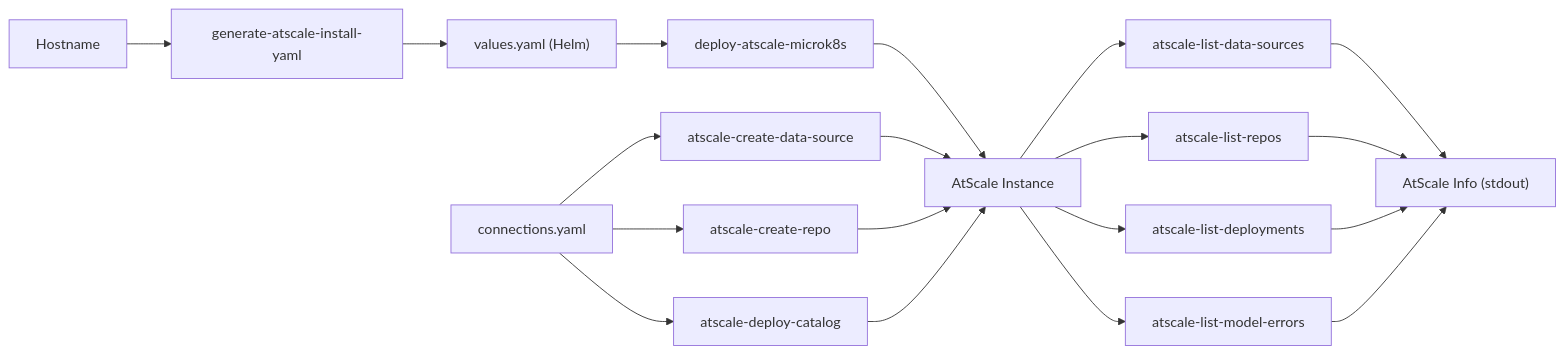
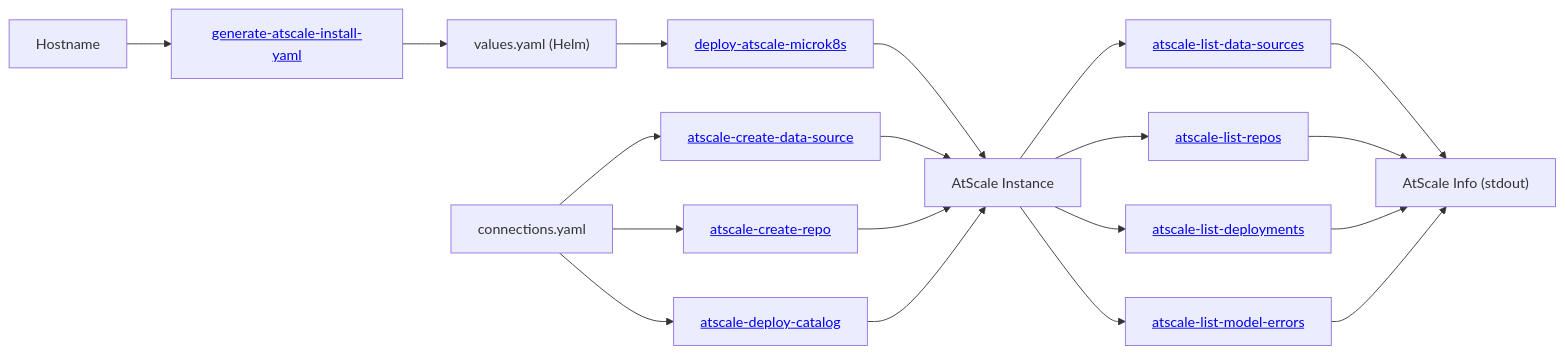
One commit to AtScaleInc/ps-utils changed the sixth of 7 diagrams in docs/ACTIONS.md. Above: the diagram before and after it, drawn with Mermaid. The commit also changed other lines of this file and 34 other files, not shown here.

````diff
--- a/docs/ACTIONS.md
+++ b/docs/ACTIONS.md
@@ -112,21 +90,13 @@
 ```mermaid
+%%{init: {"flowchart": {"htmlLabels": true}} }%%
 flowchart LR
-    HOSTNAME["Hostname"] --> A["generate-atscale-install-yaml"] --> VALUES["values.yaml (Helm)"]
-    VALUES --> K["deploy-atscale-microk8s"] --> ATS["AtScale Instance"]
-    CONN["connections.yaml"] --> B["atscale-create-data-source"] --> ATS
-    CONN --> C["atscale-create-repo"] --> ATS
-    CONN --> D["atscale-deploy-catalog"] --> ATS
-    ATS --> E["atscale-list-data-sources"] --> INFO["AtScale Info (stdout)"]
-    ATS --> F["atscale-list-repos"] --> INFO
-    ATS --> G["atscale-list-deployments"] --> INFO
-    ATS --> H["atscale-list-model-errors"] --> INFO
-    click A href "#generate-atscale-install-yaml"
-    click B href "#atscale-create-data-source"
-    click C href "#atscale-create-repo"
-    click D href "#atscale-deploy-catalog"
-    click E href "#atscale-list-data-sources"
-    click F href "#atscale-list-repos"
-    click G href "#atscale-list-deployments"
-    click H href "#atscale-list-model-errors"
-    click K href "#deploy-atscale-microk8s"
+    HOSTNAME["Hostname"] --> A["<a href='#generate-atscale-install-yaml'>generate-atscale-install-yaml</a>"] --> VALUES["values.yaml (Helm)"]
+    VALUES --> K["<a href='#deploy-atscale-microk8s'>deploy-atscale-microk8s</a>"] --> ATS["AtScale Instance"]
+    CONN["connections.yaml"] --> B["<a href='#atscale-create-data-source'>atscale-create-data-source</a>"] --> ATS
+    CONN --> C["<a href='#atscale-create-repo'>atscale-create-repo</a>"] --> ATS
+    CONN --> D["<a href='#atscale-deploy-catalog'>atscale-deploy-catalog</a>"] --> ATS
+    ATS --> E["<a href='#atscale-list-data-sources'>atscale-list-data-sources</a>"] --> INFO["AtScale Info (stdout)"]
+    ATS --> F["<a href='#atscale-list-repos'>atscale-list-repos</a>"] --> INFO
+    ATS --> G["<a href='#atscale-list-deployments'>atscale-list-deployments</a>"] --> INFO
+    ATS --> H["<a href='#atscale-list-model-errors'>atscale-list-model-errors</a>"] --> INFO
 ```
````
